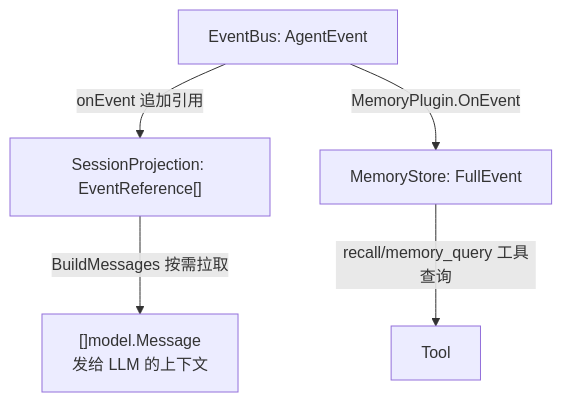
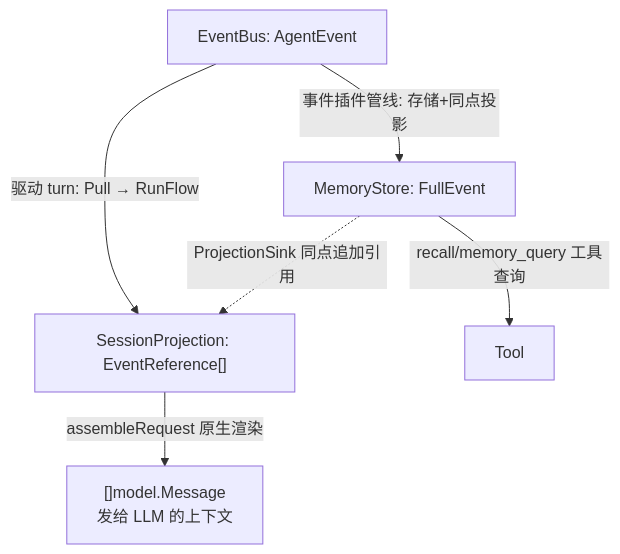
Before and after one commit to SpellingDragon/tagent: the first of 10 diagrams in README.md, drawn with Mermaid. The commit also changed other lines of this file, not shown here.

First line of the commit message:
docs(readme): align design philosophy with unified event projection

````diff
--- a/README.md
+++ b/README.md
@@ -44,13 +58,14 @@
 ```mermaid
 graph TB
     EB["EventBus: AgentEvent"]
     SP["SessionProjection: EventReference[]"]
     MS["MemoryStore: FullEvent"]
     LLM["[]model.Message<br/>发给 LLM 的上下文"]
     TOOL["Tool"]
 
-    EB -->|onEvent 追加引用| SP
-    EB -->|MemoryPlugin.OnEvent| MS
-    SP -->|BuildMessages 按需拉取| LLM
+    EB -->|驱动 turn: Pull → RunFlow| SP
+    EB -->|事件插件管线: 存储+同点投影| MS
+    MS -.ProjectionSink 同点追加引用.-> SP
+    SP -->|assembleRequest 原生渲染| LLM
     MS -->|recall/memory_query 工具查询| TOOL
 ```
````
